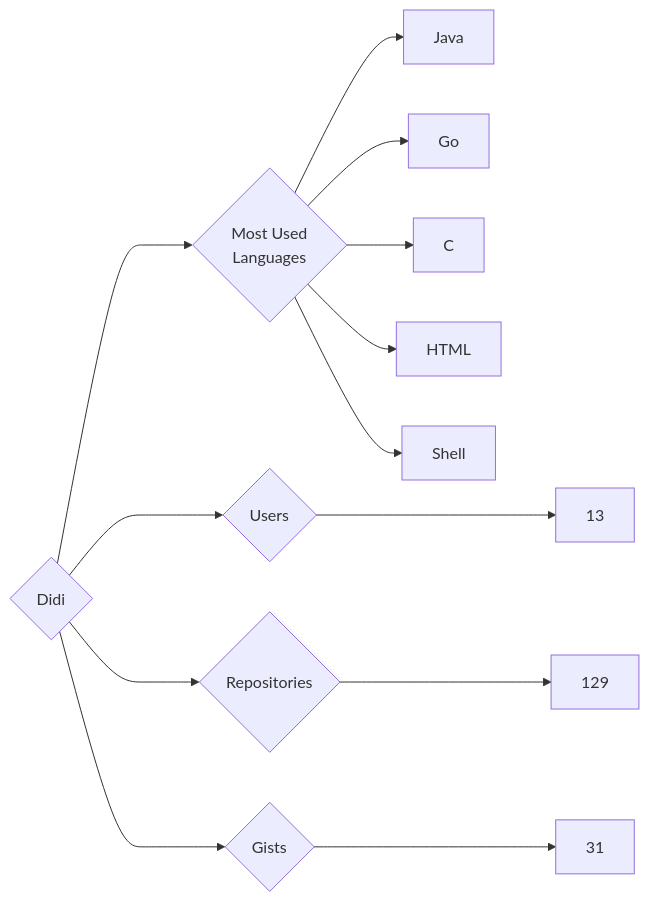
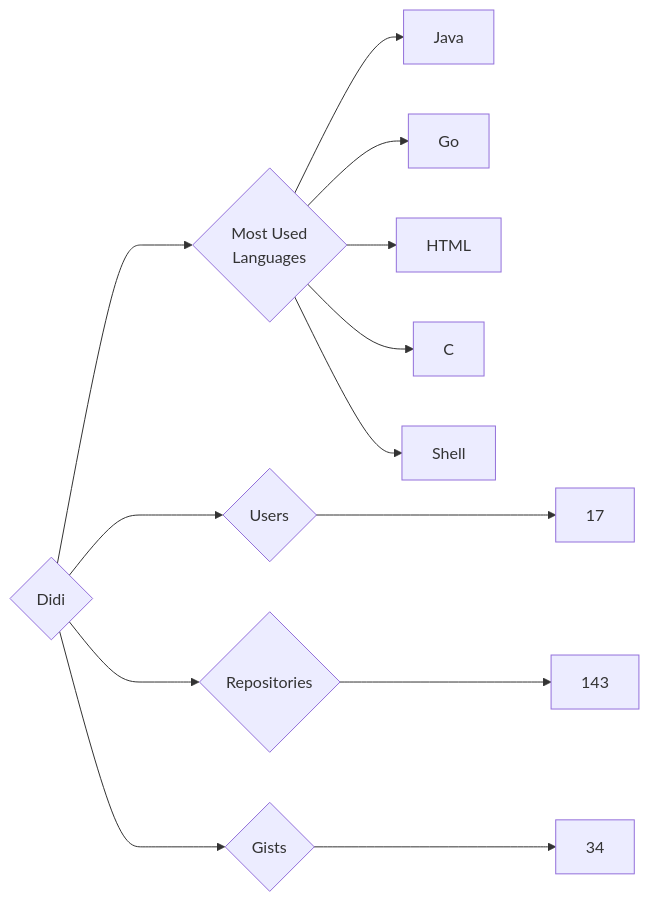
The diagram in targets/Didi/README.md (trickest/insiders), drawn with Mermaid before and after one commit. The commit also changed 951 other files, not shown here.

````diff
--- a/targets/Didi/README.md
+++ b/targets/Didi/README.md
@@ -3,13 +3,13 @@
 ```mermaid
 graph LR
 COMPANY_NAME{Didi}
-COMPANY_NAME ---> U{Users} ---> UN[13]
-COMPANY_NAME ---> R{Repositories} ---> RN[129]
-COMPANY_NAME ---> G{Gists} ---> GN[31]
+COMPANY_NAME ---> U{Users} ---> UN[17]
+COMPANY_NAME ---> R{Repositories} ---> RN[143]
+COMPANY_NAME ---> G{Gists} ---> GN[34]
 COMPANY_NAME ---> ML{Most Used<br>Languages}
-ML --> Java
-ML --> Go
-ML --> C
-ML --> HTML
-ML --> Shell
+ML --> Java[Java]
+ML --> Go[Go]
+ML --> HTML[HTML]
+ML --> C[C]
+ML --> Shell[Shell]
 ```
````
